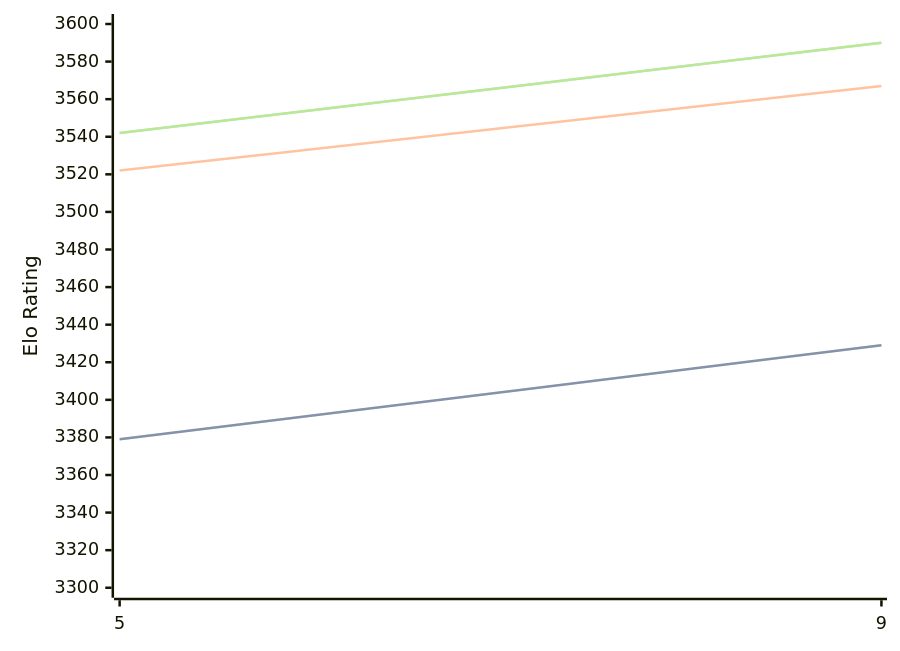
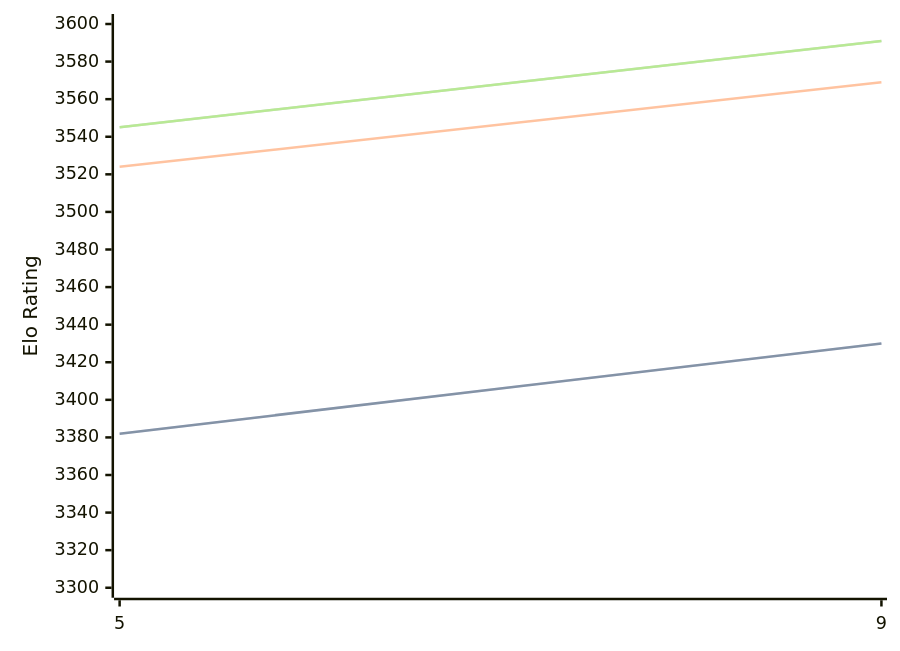
One commit to computer-chess-index/cci changed the diagram in engines/Crystal.md. Above: the diagram before and after it, drawn with Mermaid. The commit also changed other lines of this file, not shown here.

Commit message:
Update CCI Ratings (ELO VLTC) - 2026-09-01

````diff
--- a/engines/Crystal.md
+++ b/engines/Crystal.md
@@ -32,11 +32,11 @@
 ```mermaid
 %%{init: {"theme":"base","themeVariables":{"seriesColors:['#a3a3a3','#222221','#faa371']}}}%%
 xychart-beta
   x-axis ["5", "9"]
   y-axis "Elo Rating" 3300 --> 3600
-  line "" [3379, 3429]
-  line "STC (8.0+0.08s)" [3379, 3429]
-  line "LTC (60.0+0.60s)" [3522, 3567]
-  line "" [3542, 3590]
-  line "VLTC (2m24s+1.12s)" [3542, 3590]
+  line "" [3382, 3430]
+  line "STC (8.0+0.08s)" [3382, 3430]
+  line "LTC (60.0+0.60s)" [3524, 3569]
+  line "" [3545, 3591]
+  line "VLTC (2m24s+1.12s)" [3545, 3591]
 ```
````
